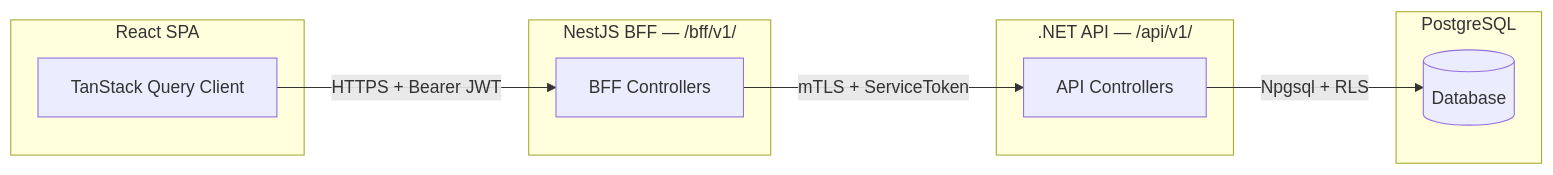
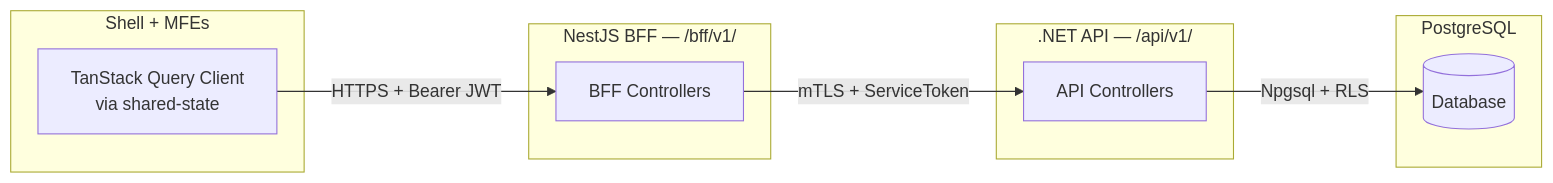
Before and after one commit to sukhesh035/employee_budget_allocation: the seventh of 24 diagrams in docs/superpowers/specs/2026-04-17-employee-budget-allocation-design.md, drawn with Mermaid. The commit also changed other lines of this file and 7 other files, not shown here.

First line of the commit message:
Restructure to micro frontend architecture with Module Federation

````diff
--- a/docs/superpowers/specs/2026-04-17-employee-budget-allocation-design.md
+++ b/docs/superpowers/specs/2026-04-17-employee-budget-allocation-design.md
@@ -411,19 +451,19 @@
 ```mermaid
 flowchart LR
-    subgraph "React SPA"
-        A[TanStack Query Client]
+    subgraph "Shell + MFEs"
+        A[TanStack Query Client<br/>via shared-state]
     end
     subgraph "NestJS BFF — /bff/v1/"
         B[BFF Controllers]
     end
     subgraph ".NET API — /api/v1/"
         C[API Controllers]
     end
     subgraph "PostgreSQL"
         D[(Database)]
     end
 
     A -->|"HTTPS + Bearer JWT"| B
     B -->|"mTLS + ServiceToken"| C
     C -->|"Npgsql + RLS"| D
 ```
````
